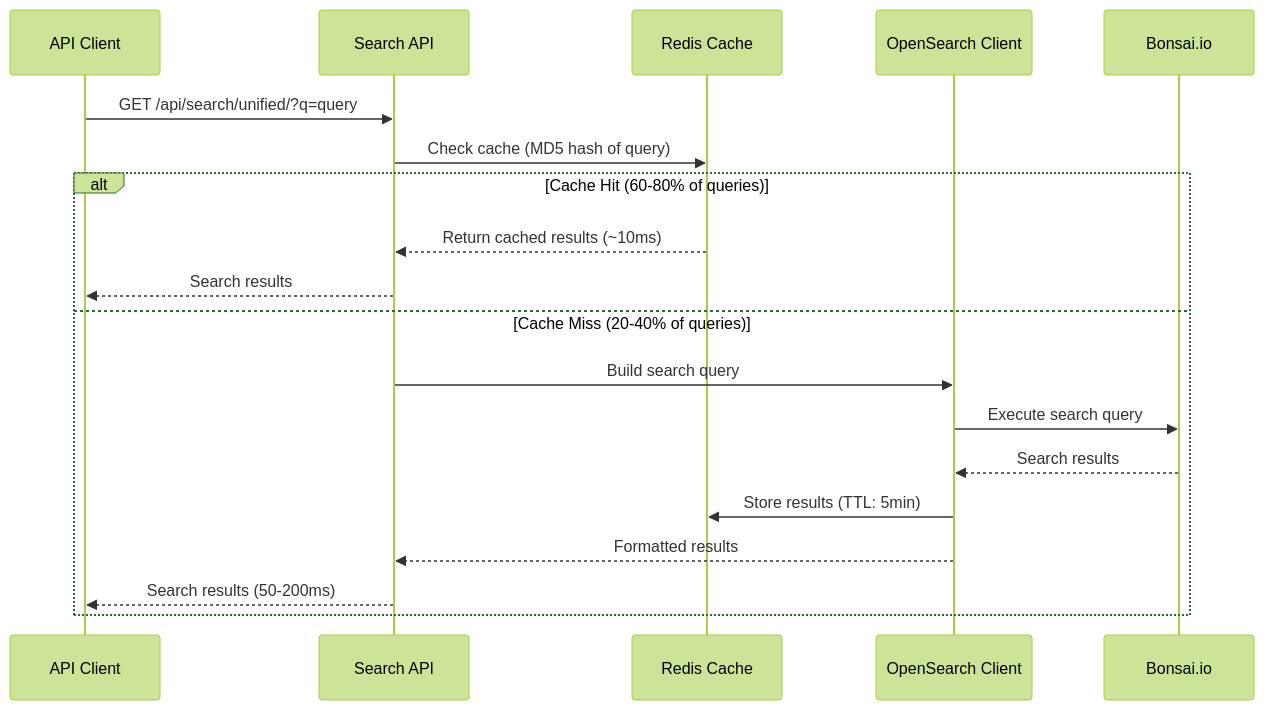
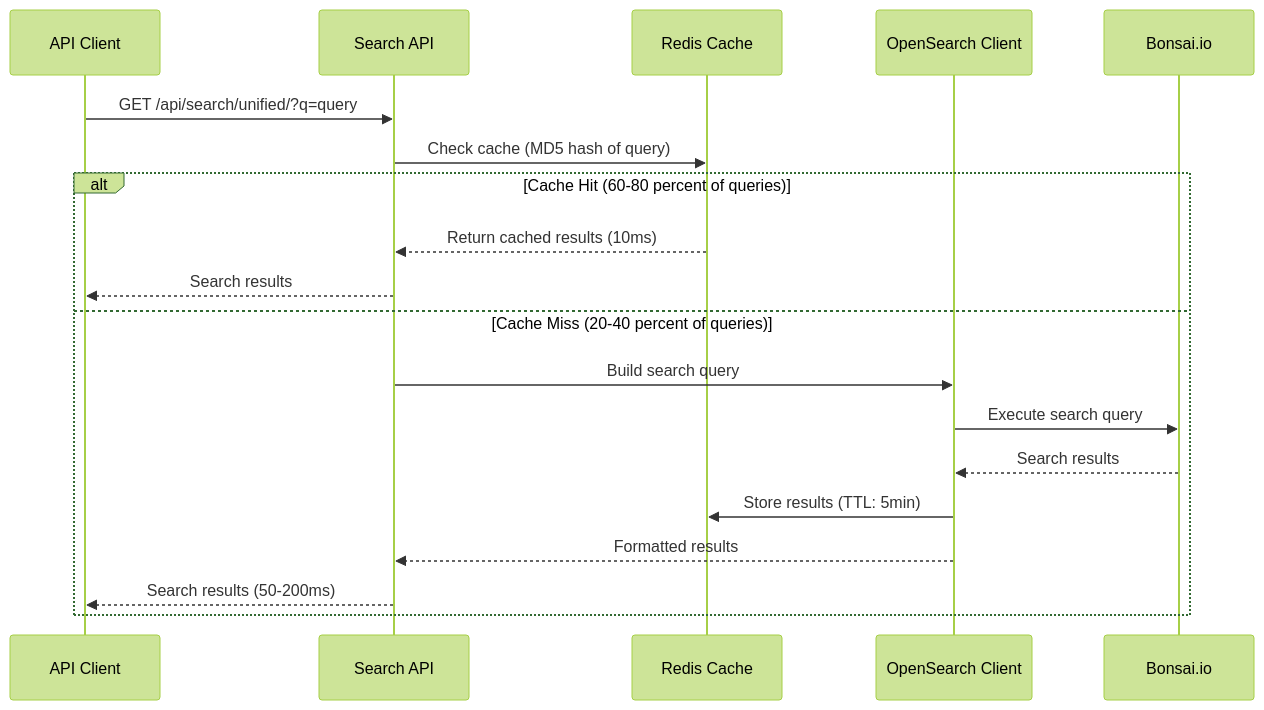
Before and after one commit to manish-jsx/inbo-docs: the third of 3 diagrams in content/docs/backend/architecture/search-engine.mdx, drawn with Mermaid (forest theme). The commit also changed other lines of this file and 8 other files, not shown here.

Commit message:
mermaid rendering

````diff
--- a/content/docs/backend/architecture/search-engine.mdx
+++ b/content/docs/backend/architecture/search-engine.mdx
@@ -279,23 +279,23 @@
 ```mermaid
 sequenceDiagram
     participant Client as API Client
     participant API as Search API
     participant Cache as Redis Cache
     participant OpenSearch as OpenSearch Client
     participant Bonsai as Bonsai.io
 
     Client->>API: GET /api/search/unified/?q=query
     API->>Cache: Check cache (MD5 hash of query)
     
-    alt Cache Hit (60-80% of queries)
-        Cache-->>API: Return cached results (~10ms)
+    alt Cache Hit (60-80 percent of queries)
+        Cache-->>API: Return cached results (10ms)
         API-->>Client: Search results
-    else Cache Miss (20-40% of queries)
+    else Cache Miss (20-40 percent of queries)
         API->>OpenSearch: Build search query
         OpenSearch->>Bonsai: Execute search query
         Bonsai-->>OpenSearch: Search results
         OpenSearch->>Cache: Store results (TTL: 5min)
         OpenSearch-->>API: Formatted results
         API-->>Client: Search results (50-200ms)
     end
 ```
````
